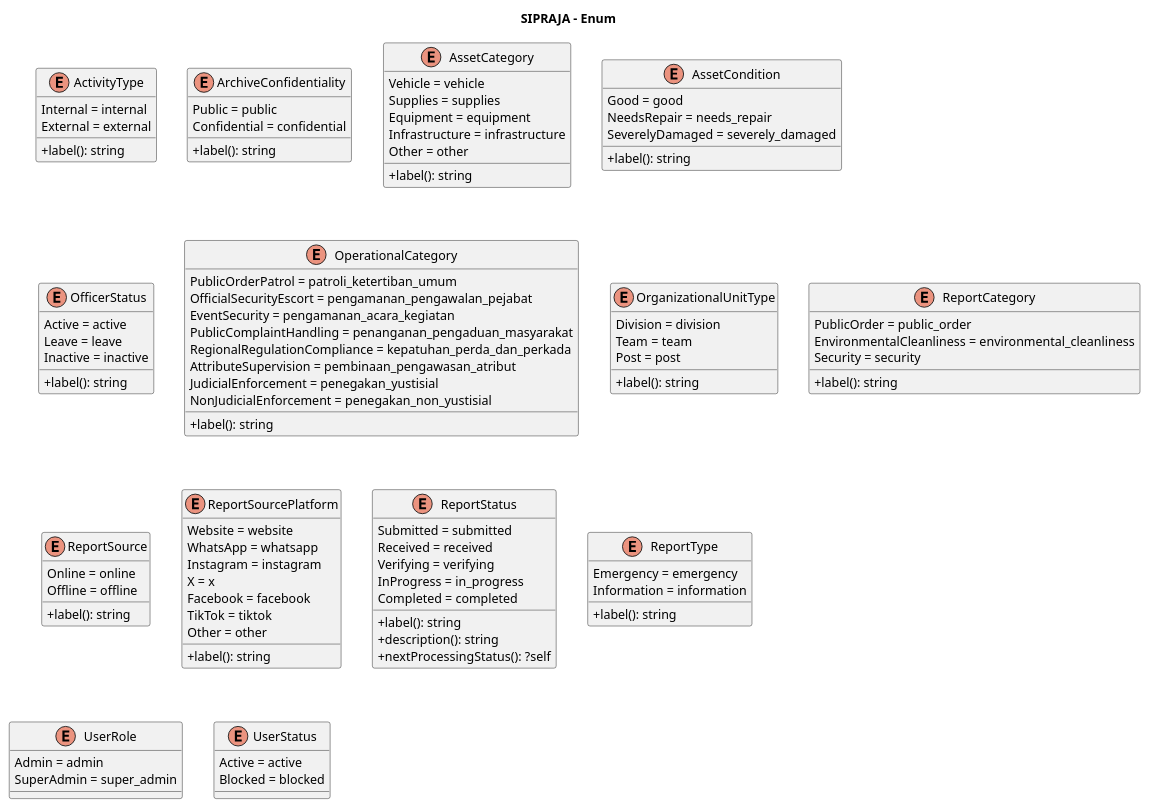
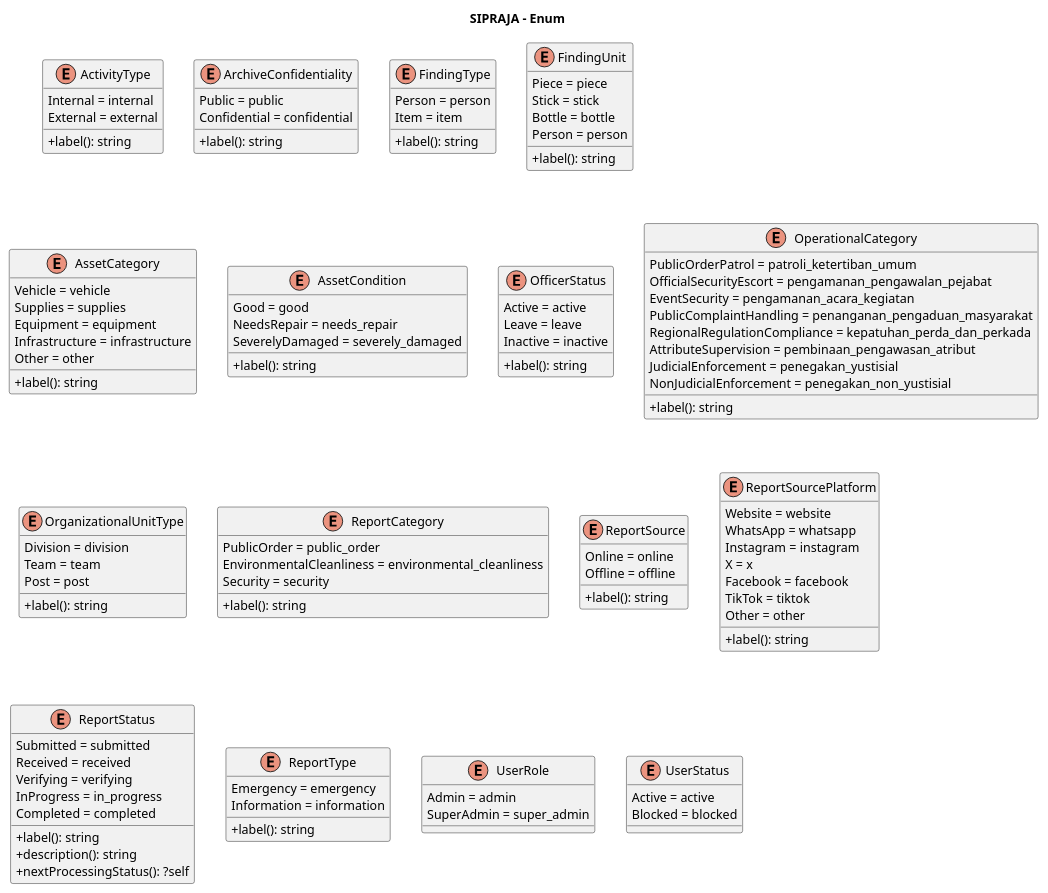
The second of 2 diagrams in docs/SIPRAJA-class.puml (Samuel-smr/Satpolpp), drawn with PlantUML before and after one commit. The commit also changed other lines of this file and 33 other files, not shown here.

```diff
--- a/docs/SIPRAJA-class.puml
+++ b/docs/SIPRAJA-class.puml
@@ -333,98 +360,110 @@
 @startuml SIPRAJA_Class_Enums
 skinparam classAttributeIconSize 0
 skinparam shadowing false
 title SIPRAJA - Enum
 enum ActivityType {
   Internal = internal
   External = external
   + label(): string
 }
 enum ArchiveConfidentiality {
   Public = public
   Confidential = confidential
+  + label(): string
+}
+enum FindingType {
+  Person = person
+  Item = item
+  + label(): string
+}
+enum FindingUnit {
+  Piece = piece
+  Stick = stick
+  Bottle = bottle
+  Person = person
   + label(): string
 }
 enum AssetCategory {
   Vehicle = vehicle
   Supplies = supplies
   Equipment = equipment
   Infrastructure = infrastructure
   Other = other
   + label(): string
 }
 enum AssetCondition {
   Good = good
   NeedsRepair = needs_repair
   SeverelyDamaged = severely_damaged
   + label(): string
 }
 enum OfficerStatus {
   Active = active
   Leave = leave
   Inactive = inactive
   + label(): string
 }
 enum OperationalCategory {
   PublicOrderPatrol = patroli_ketertiban_umum
   OfficialSecurityEscort = pengamanan_pengawalan_pejabat
   EventSecurity = pengamanan_acara_kegiatan
   PublicComplaintHandling = penanganan_pengaduan_masyarakat
   RegionalRegulationCompliance = kepatuhan_perda_dan_perkada
   AttributeSupervision = pembinaan_pengawasan_atribut
   JudicialEnforcement = penegakan_yustisial
   NonJudicialEnforcement = penegakan_non_yustisial
   + label(): string
 }
 enum OrganizationalUnitType {
   Division = division
   Team = team
   Post = post
   + label(): string
 }
 enum ReportCategory {
   PublicOrder = public_order
   EnvironmentalCleanliness = environmental_cleanliness
   Security = security
   + label(): string
 }
 enum ReportSource {
   Online = online
   Offline = offline
   + label(): string
 }
 enum ReportSourcePlatform {
   Website = website
   WhatsApp = whatsapp
   Instagram = instagram
   X = x
   Facebook = facebook
   TikTok = tiktok
   Other = other
   + label(): string
 }
 enum ReportStatus {
   Submitted = submitted
   Received = received
   Verifying = verifying
   InProgress = in_progress
   Completed = completed
   + label(): string
   + description(): string
   + nextProcessingStatus(): ?self
 }
 enum ReportType {
   Emergency = emergency
   Information = information
   + label(): string
 }
 enum UserRole {
   Admin = admin
   SuperAdmin = super_admin
 
 }
 enum UserStatus {
   Active = active
   Blocked = blocked
 
 }
 @enduml
```
